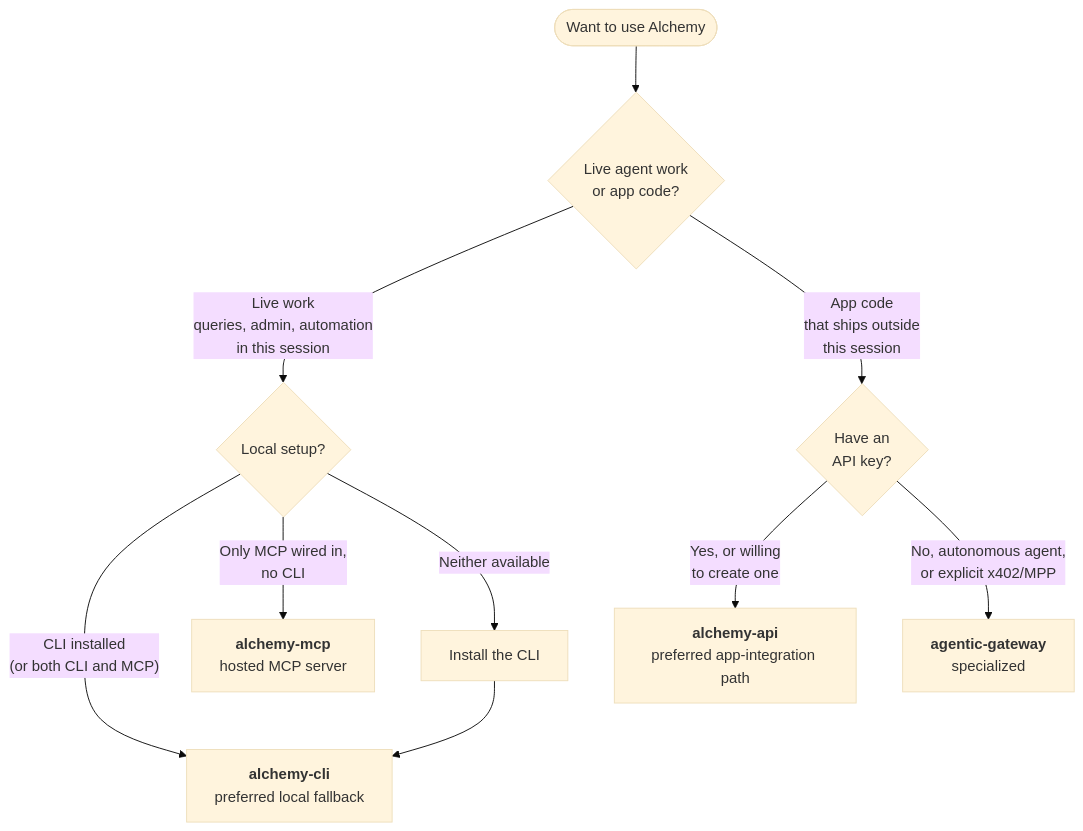
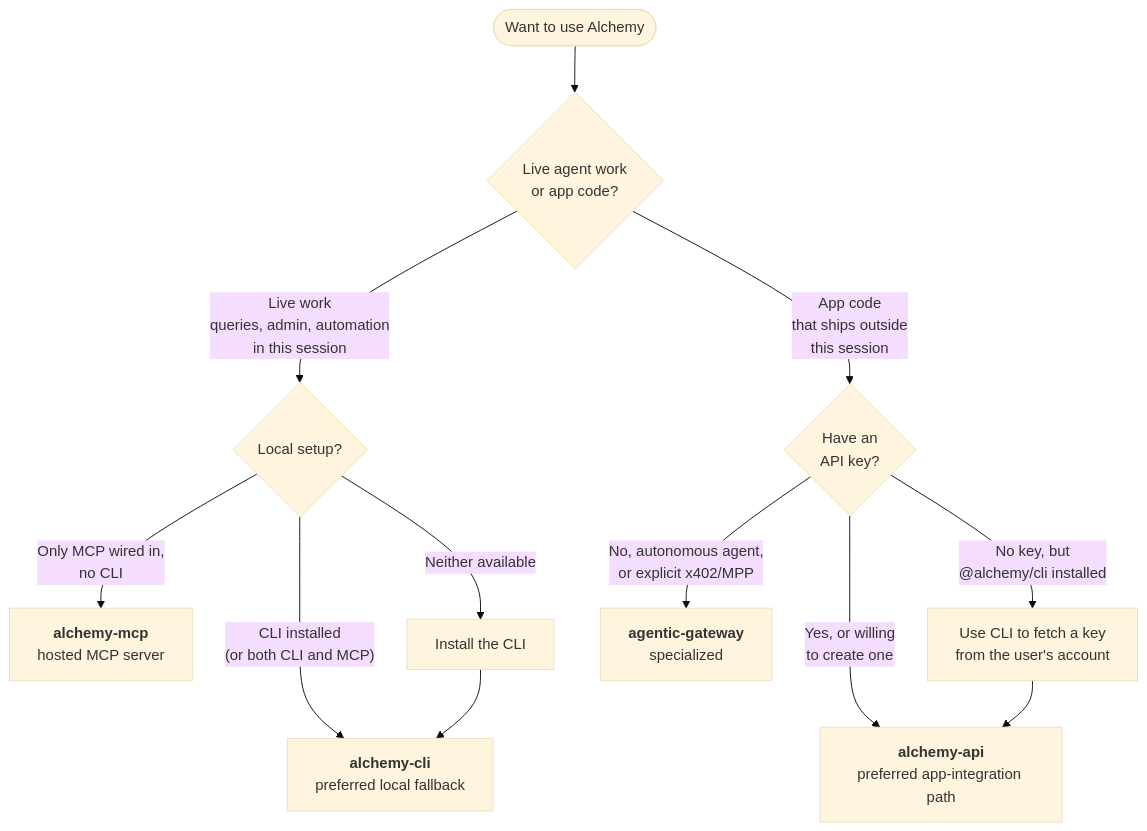
The diagram in README.md (kenirerih-sketch/skills), drawn with Mermaid (base theme) before and after one commit. The commit also changed other lines of this file and 4 other files, not shown here.

````diff
--- a/README.md
+++ b/README.md
@@ -9,14 +9,15 @@
 ```mermaid
 flowchart TD
     Start(["Want to use Alchemy"]) --> Q1{"Live agent work<br/>or app code?"}
 
     Q1 -->|"Live work<br/>queries, admin, automation<br/>in this session"| Q2{"Local setup?"}
     Q1 -->|"App code<br/>that ships outside<br/>this session"| Q3{"Have an<br/>API key?"}
 
     Q2 -->|"CLI installed<br/>(or both CLI and MCP)"| CLI["<b>alchemy-cli</b><br/>preferred local fallback"]
     Q2 -->|"Only MCP wired in,<br/>no CLI"| MCP["<b>alchemy-mcp</b><br/>hosted MCP server"]
     Q2 -->|"Neither available"| Install["Install the CLI"] --> CLI
 
     Q3 -->|"Yes, or willing<br/>to create one"| API["<b>alchemy-api</b><br/>preferred app-integration path"]
+    Q3 -->|"No key, but<br/>@alchemy/cli installed"| Bridge["Use CLI to fetch a key<br/>from the user's account"] --> API
     Q3 -->|"No, autonomous agent,<br/>or explicit x402/MPP"| GW["<b>agentic-gateway</b><br/>specialized"]
 ```
````
